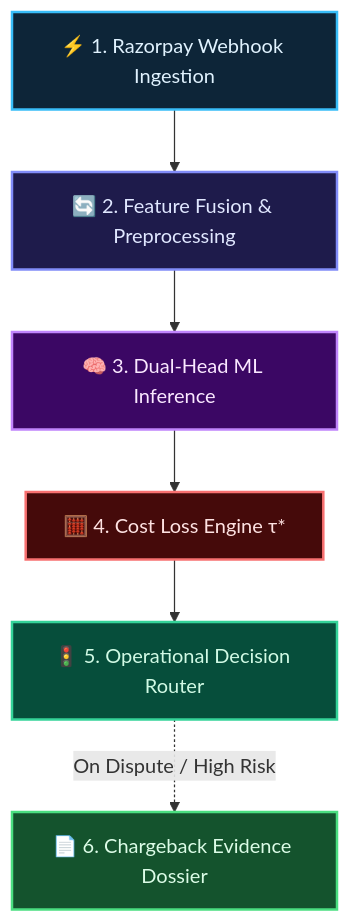
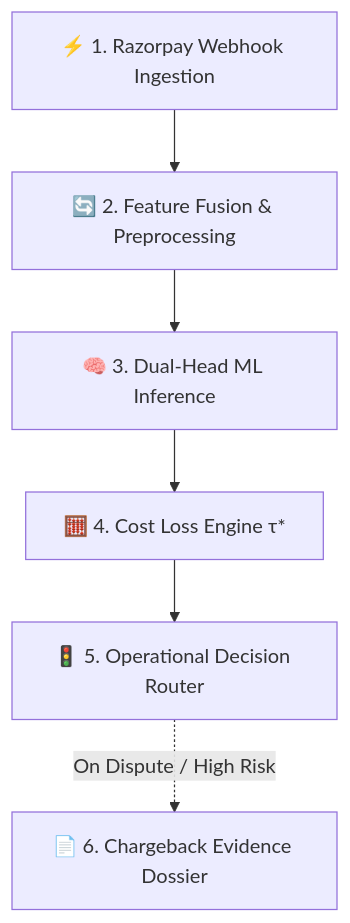
Before and after one commit to chanakya-b/shieldpay-risk-engine: the first of 2 diagrams in README.md, drawn with Mermaid. The commit also changed other lines of this file, not shown here.

````diff
--- a/README.md
+++ b/README.md
@@ -76,22 +78,8 @@
 ```mermaid
 flowchart TD
     A["⚡ 1. Razorpay Webhook Ingestion"] --> B["🔄 2. Feature Fusion & Preprocessing"]
     B --> C["🧠 3. Dual-Head ML Inference"]
     C --> D["🧮 4. Cost Loss Engine τ*"]
     D --> E["🚦 5. Operational Decision Router"]
     E -.->|On Dispute / High Risk| F["📄 6. Chargeback Evidence Dossier"]
-
-    style A fill:#0d2538,stroke:#38bdf8,stroke-width:2px,color:#e0f2fe
-    style B fill:#1e1b4b,stroke:#818cf8,stroke-width:2px,color:#e0e7ff
-    style C fill:#3b0764,stroke:#c084fc,stroke-width:2px,color:#fae8ff
-    style D fill:#450a0a,stroke:#f87171,stroke-width:2px,color:#fee2e2
-    style E fill:#064e3b,stroke:#34d399,stroke-width:2px,color:#d1fae5
-    style F fill:#14532d,stroke:#4ade80,stroke-width:2px,color:#dcfce7
-
-    click A "#1-webhook-ingestion-layer" "Jump to Webhook Ingestion"
-    click B "#2-feature-fusion--preprocessing" "Jump to Feature Preprocessing"
-    click C "#3-dual-head-ml-inference-engine" "Jump to ML Inference Engine"
-    click D "#4-cost-sensitive-loss-engine-τ" "Jump to Cost-Sensitive Loss Engine"
-    click E "#5-operational-decision-router" "Jump to Operational Decision Router"
-    click F "#6-automated-chargeback-dossier-generator" "Jump to Chargeback Dossier Generator"
 ```
````
